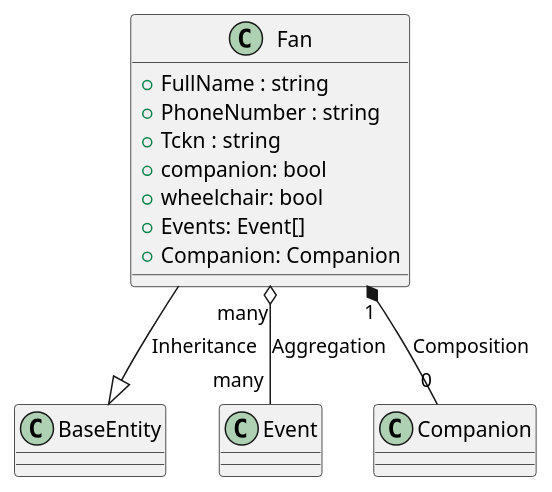
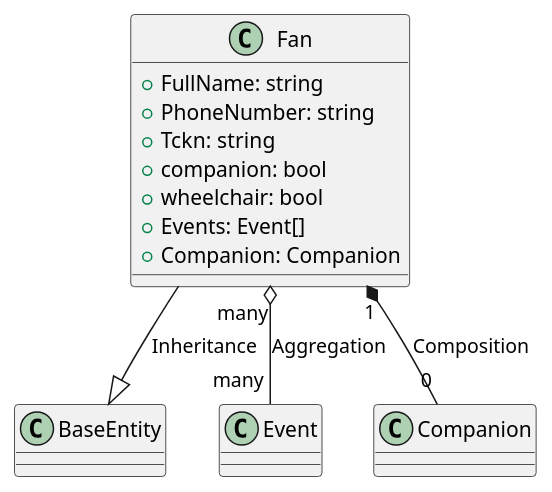
The diagram in uml/Fan/Fan.puml (evrendev/sport-club), drawn with PlantUML before and after one commit. The commit also changed 17 other files, not shown here.

```diff
--- a/uml/Fan/Fan.puml
+++ b/uml/Fan/Fan.puml
@@ -1,17 +1,17 @@
 @startuml Fan Class Diagram
 
 class Fan {
-    + FullName : string
-    + PhoneNumber : string
-    + Tckn : string
+    + FullName: string
+    + PhoneNumber: string
+    + Tckn: string
     + companion: bool
     + wheelchair: bool
     + Events: Event[]
     + Companion: Companion
 }
 
 Fan --|> BaseEntity: Inheritance
 Fan "many" o-- "many" Event: Aggregation
 Fan "1" *-- "0" Companion: Composition
 
 @enduml
```
